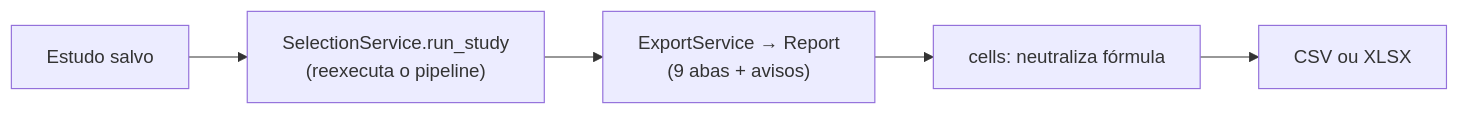
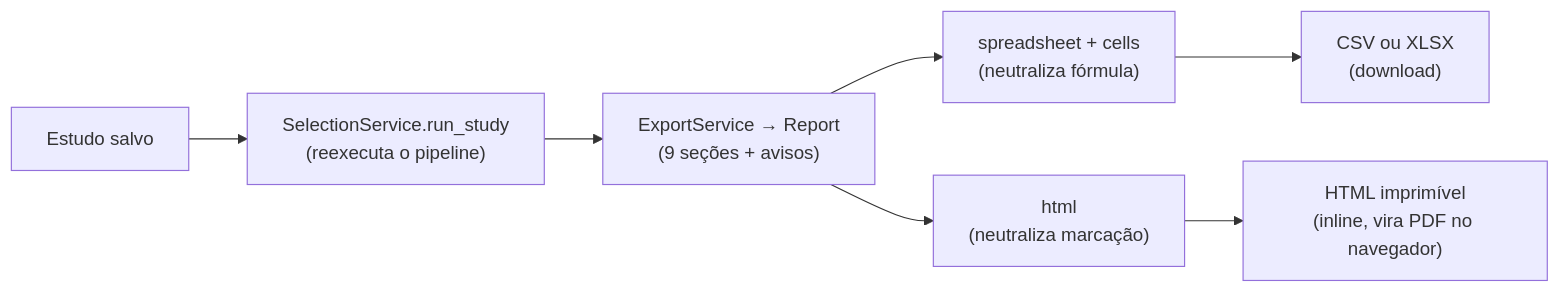
Before and after one commit to Streeft/MaterialSelect-AI: the fifth of 6 diagrams in docs/ARCHITECTURE.md, drawn with Mermaid. The commit also changed other lines of this file and 16 other files, not shown here.

````diff
--- a/docs/ARCHITECTURE.md
+++ b/docs/ARCHITECTURE.md
@@ -196,7 +207,9 @@
 ```mermaid
 flowchart LR
   A["Estudo salvo"] --> B["SelectionService.run_study<br/>(reexecuta o pipeline)"]
-  B --> C["ExportService → Report<br/>(9 abas + avisos)"]
-  C --> D["cells: neutraliza fórmula"]
-  D --> E["CSV ou XLSX"]
+  B --> C["ExportService → Report<br/>(9 seções + avisos)"]
+  C --> D["spreadsheet + cells<br/>(neutraliza fórmula)"]
+  C --> E["html<br/>(neutraliza marcação)"]
+  D --> F["CSV ou XLSX<br/>(download)"]
+  E --> G["HTML imprimível<br/>(inline, vira PDF no navegador)"]
 ```
````
